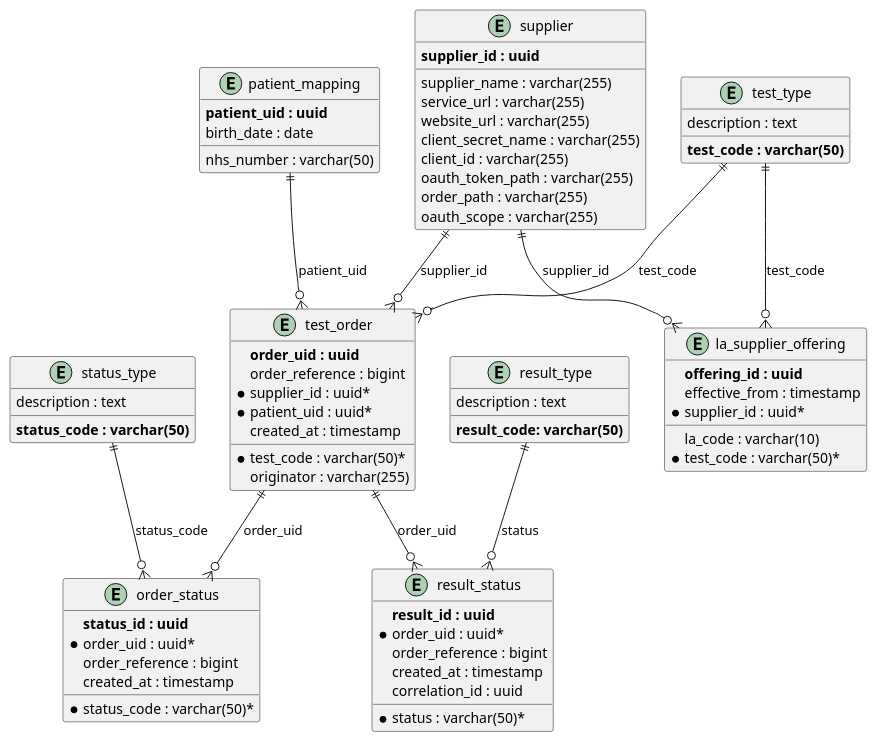
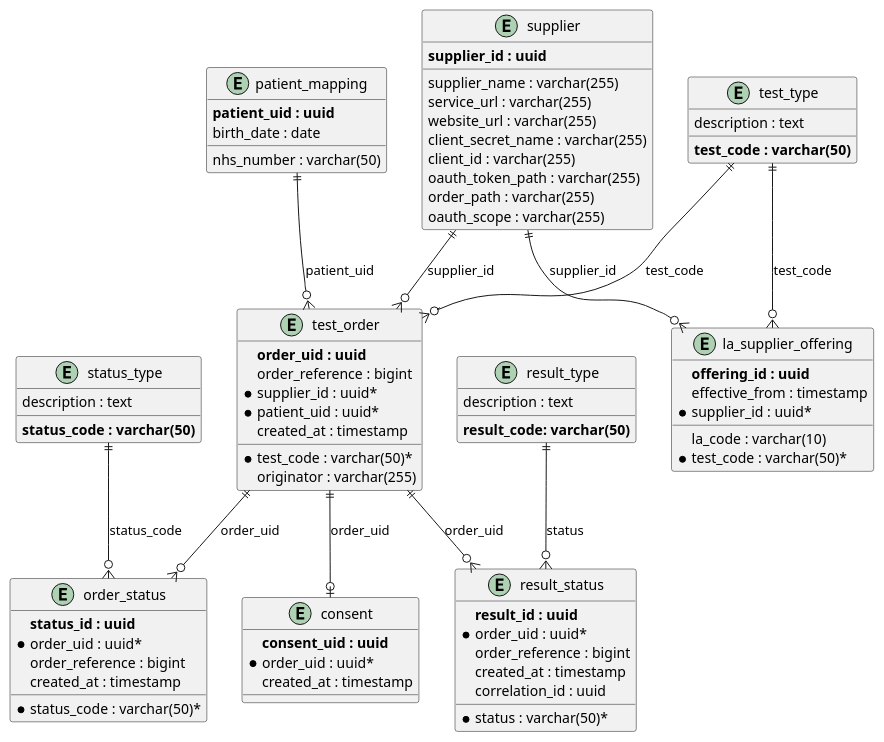
The diagram in database/schema_diagram.puml (NHSDigital/hometest-service), drawn with PlantUML before and after one commit.

Commit message:
chore: update db schema

```diff
--- a/database/schema_diagram.puml
+++ b/database/schema_diagram.puml
@@ -1,84 +1,91 @@
 @startuml
 entity "patient_mapping" as patient {
   **patient_uid : uuid**
   nhs_number : varchar(50)
   birth_date : date
 }
 
 entity "test_type" as test {
   **test_code : varchar(50)**
   description : text
 }
 
 entity "supplier" as supplier {
   **supplier_id : uuid**
   supplier_name : varchar(255)
   service_url : varchar(255)
   website_url : varchar(255)
   client_secret_name : varchar(255)
   client_id : varchar(255)
   oauth_token_path : varchar(255)
   order_path : varchar(255)
   oauth_scope : varchar(255)
 }
 
 entity "la_supplier_offering" as offering {
   **offering_id : uuid**
   la_code : varchar(10)
   effective_from : timestamp
   *supplier_id : uuid*
   *test_code : varchar(50)*
 }
 
 entity "test_order" as orders {
   **order_uid : uuid**
   order_reference : bigint
   *supplier_id : uuid*
   *patient_uid : uuid*
   *test_code : varchar(50)*
   originator : varchar(255)
   created_at : timestamp
 }
 
 entity "status_type" as status_type {
   **status_code : varchar(50)**
   description : text
 }
 
 entity "order_status" as order_status {
   **status_id : uuid**
   *order_uid : uuid*
   order_reference : bigint
   *status_code : varchar(50)*
   created_at : timestamp
 }
 
 entity "result_type" as result_type {
   **result_code: varchar(50)**
   description : text
 }
 
 entity "result_status" as result_status {
   **result_id : uuid**
   *order_uid : uuid*
   order_reference : bigint
   *status : varchar(50)*
   created_at : timestamp
   correlation_id : uuid
 }
 
+entity "consent" as consent {
+  **consent_uid : uuid**
+  *order_uid : uuid*
+  created_at : timestamp
+}
+
 ' Relationships
 patient ||--o{ orders : "patient_uid"
 supplier ||--o{ orders : "supplier_id"
 test ||--o{ orders : "test_code"
 
 supplier ||--o{ offering : "supplier_id"
 test ||--o{ offering : "test_code"
 
 orders ||--o{ order_status : "order_uid"
 orders ||--o{ result_status : "order_uid"
+orders ||--o| consent : "order_uid"
 
 status_type ||--o{ order_status : "status_code"
 result_type ||--o{ result_status : "status"
 
 @enduml
```
